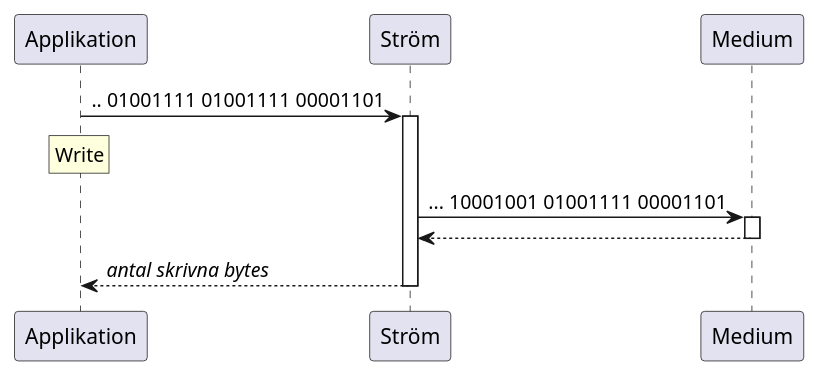
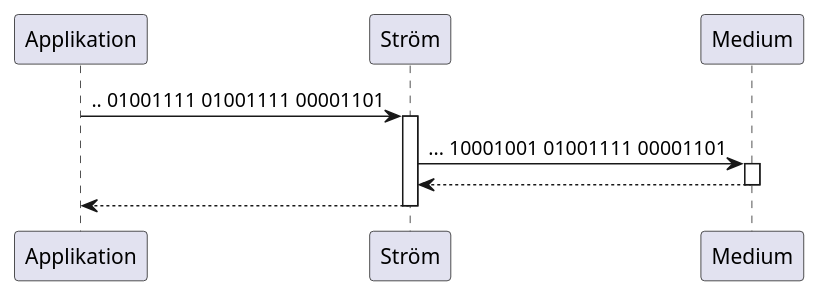
The second of 7 diagrams in lektioner/19-strömmar-och-filer/19-strömmar-och-filer.notes.md (jonaskeisu/newton-sysg-op1), drawn with PlantUML before and after one commit. The commit also changed other lines of this file and 6 other files, not shown here.

````diff
--- a/lektioner/19-strömmar-och-filer/19-strömmar-och-filer.notes.md
+++ b/lektioner/19-strömmar-och-filer/19-strömmar-och-filer.notes.md
@@ -113,10 +113,7 @@
 ```plantuml
 autoactivate on
 Applikation -> Ström: .. 01001111 01001111 00001101 
-rnote over Applikation
-    Write
-end note
 Ström -> Medium: ... 10001001 01001111 00001101
 return 
-return <i>antal skrivna bytes</i>
+return 
 ```
````
